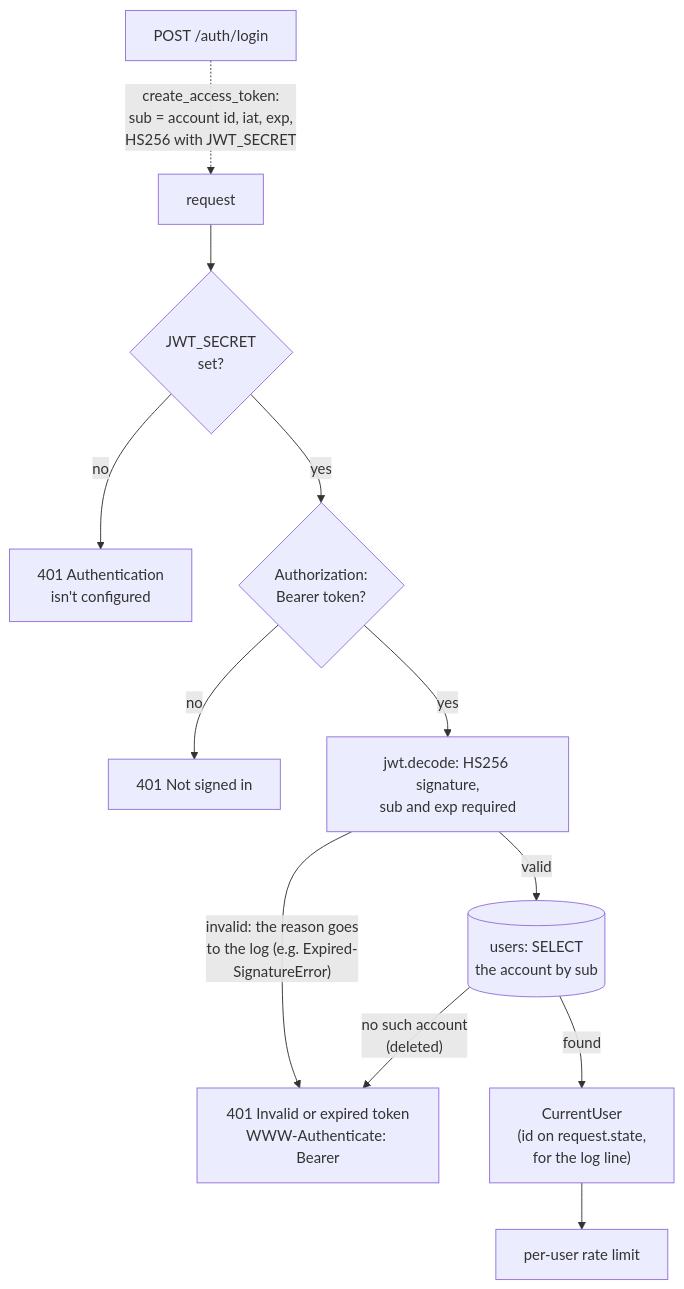
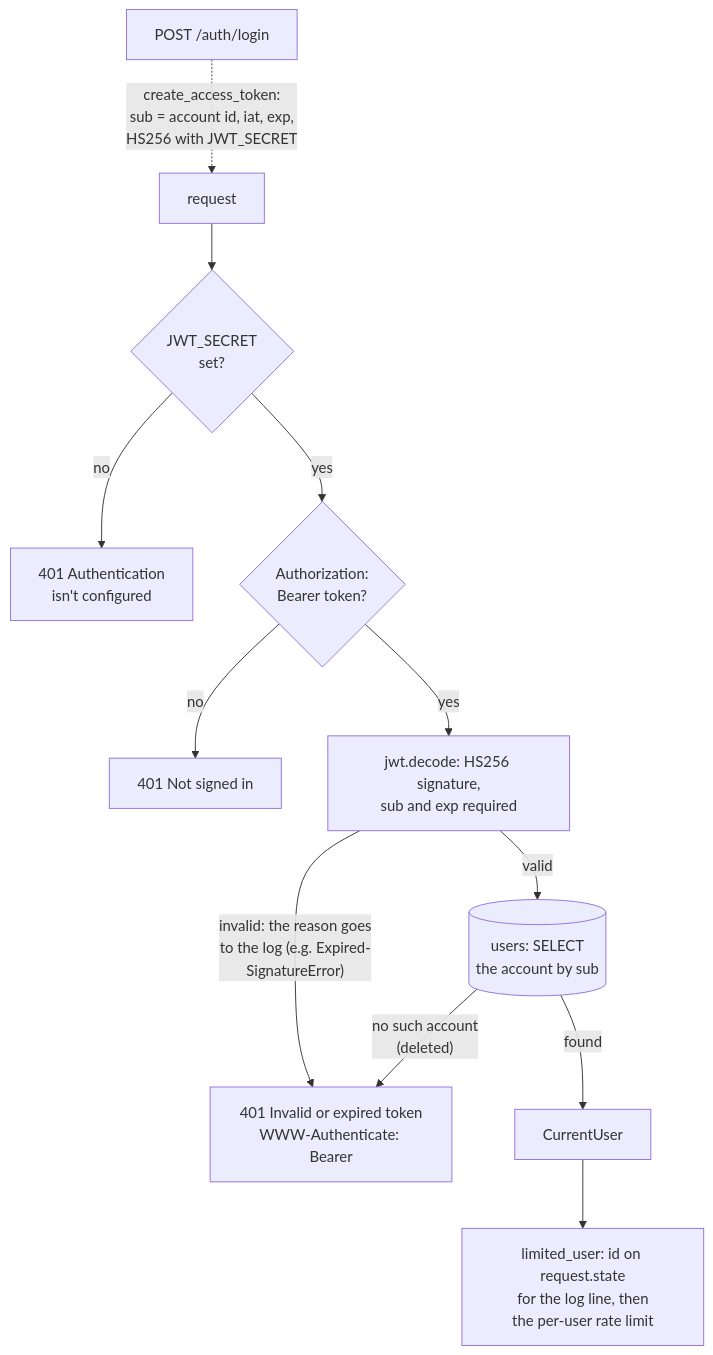
Before and after one commit to Anirudh1905/agentic-ai-chatbot: the third of 8 diagrams in docs/phase-8-security-observability.md, drawn with Mermaid. The commit also changed other lines of this file and 72 other files, not shown here.

````diff
--- a/docs/phase-8-security-observability.md
+++ b/docs/phase-8-security-observability.md
@@ -77,14 +77,14 @@
 ```mermaid
 flowchart TB
     Login["POST /auth/login"] -.->|"create_access_token:<br/>sub = account id, iat, exp,<br/>HS256 with JWT_SECRET"| Req
     Req[request] --> Secret{"JWT_SECRET<br/>set?"}
     Secret -->|no| E0["401 Authentication<br/>isn't configured"]
     Secret -->|yes| Header{"Authorization:<br/>Bearer token?"}
     Header -->|no| E1["401 Not signed in"]
     Header -->|yes| Decode["jwt.decode: HS256 signature,<br/>sub and exp required"]
     Decode -->|"invalid: the reason goes<br/>to the log (e.g. Expired-<br/>SignatureError)"| E2["401 Invalid or expired token<br/>WWW-Authenticate: Bearer"]
     Decode -->|valid| Lookup[("users: SELECT<br/>the account by sub")]
     Lookup -->|"no such account<br/>(deleted)"| E2
-    Lookup -->|found| User["CurrentUser<br/>(id on request.state,<br/>for the log line)"]
-    User --> Limit[per-user rate limit]
+    Lookup -->|found| User["CurrentUser"]
+    User --> Limit["limited_user: id on request.state<br/>for the log line, then<br/>the per-user rate limit"]
 ```
````
